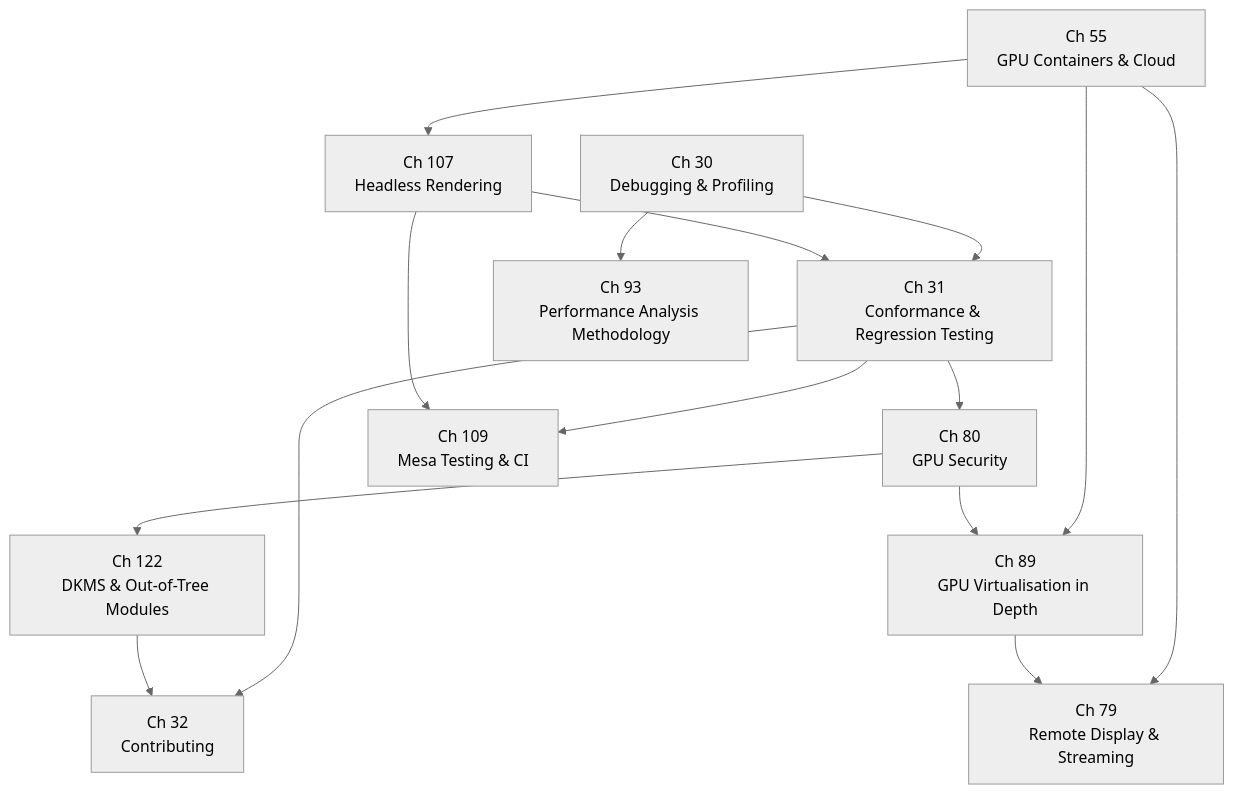
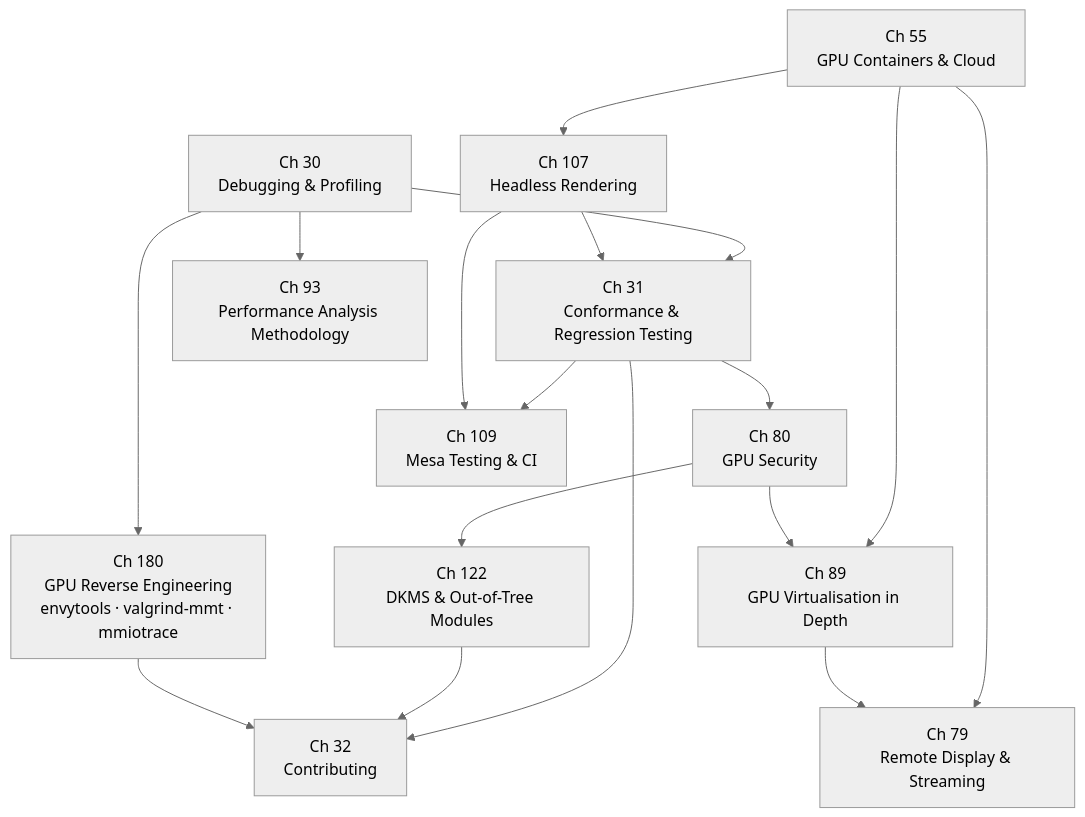
Before and after one commit to jreuben11/linux-graphics-stack-book: the diagram in chapters/part-09-tooling-contributing/part-intro.md, drawn with Mermaid (neutral theme). The commit also changed other lines of this file and 9 other files, not shown here.

````diff
--- a/chapters/part-09-tooling-contributing/part-intro.md
+++ b/chapters/part-09-tooling-contributing/part-intro.md
@@ -51,29 +55,33 @@
 ```mermaid
 graph TD
     CH30["Ch 30\nDebugging & Profiling"]
     CH31["Ch 31\nConformance & Regression Testing"]
     CH32["Ch 32\nContributing"]
     CH93["Ch 93\nPerformance Analysis Methodology"]
     CH55["Ch 55\nGPU Containers & Cloud"]
     CH79["Ch 79\nRemote Display & Streaming"]
     CH89["Ch 89\nGPU Virtualisation in Depth"]
     CH80["Ch 80\nGPU Security"]
     CH107["Ch 107\nHeadless Rendering"]
     CH109["Ch 109\nMesa Testing & CI"]
     CH122["Ch 122\nDKMS & Out-of-Tree Modules"]
 
+    CH180["Ch 180\nGPU Reverse Engineering\nenvytools · valgrind-mmt · mmiotrace"]
+
     CH30 --> CH31
     CH30 --> CH93
+    CH30 --> CH180
     CH31 --> CH32
     CH31 --> CH109
     CH55 --> CH89
     CH55 --> CH79
     CH55 --> CH107
     CH89 --> CH79
     CH80 --> CH89
     CH80 --> CH122
     CH31 --> CH80
     CH107 --> CH31
     CH107 --> CH109
     CH122 --> CH32
+    CH180 --> CH32
 ```
````
